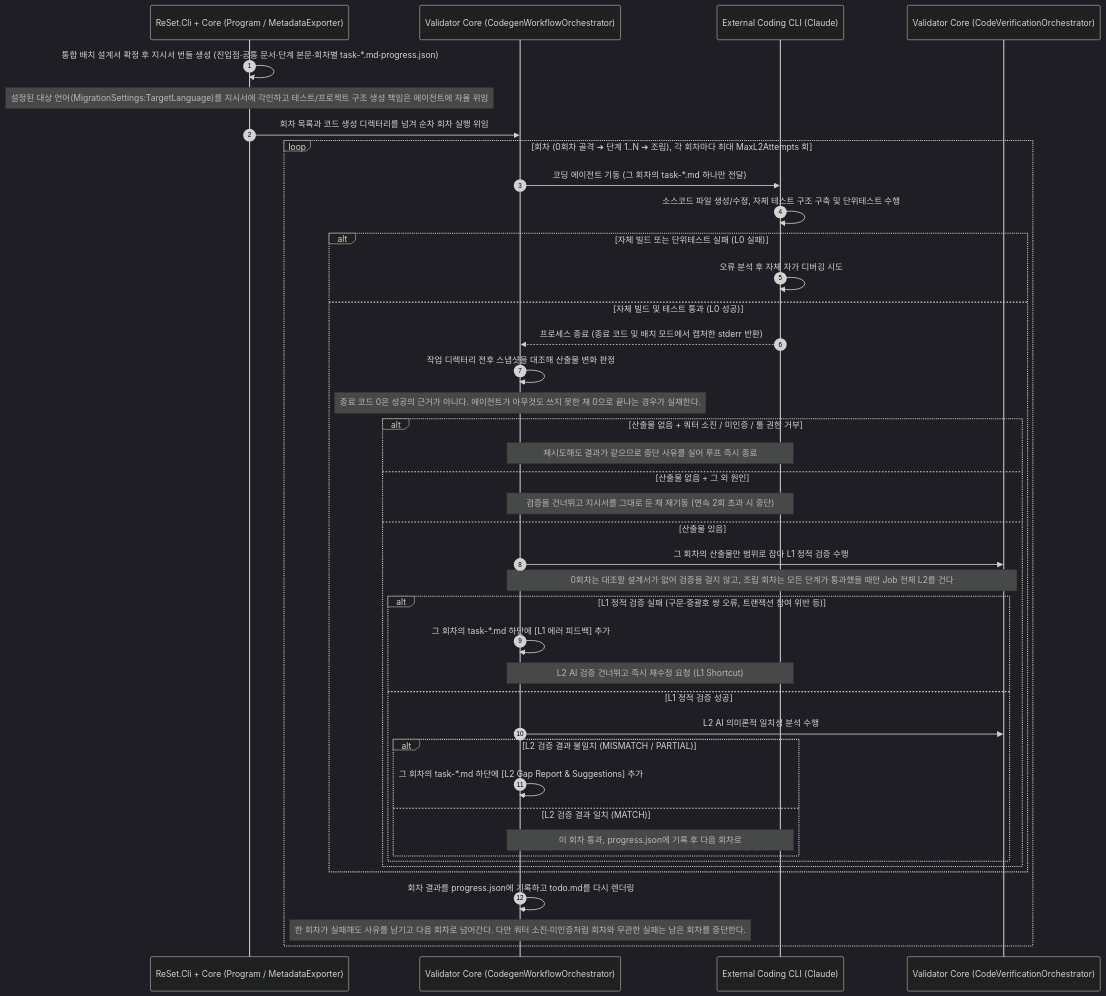
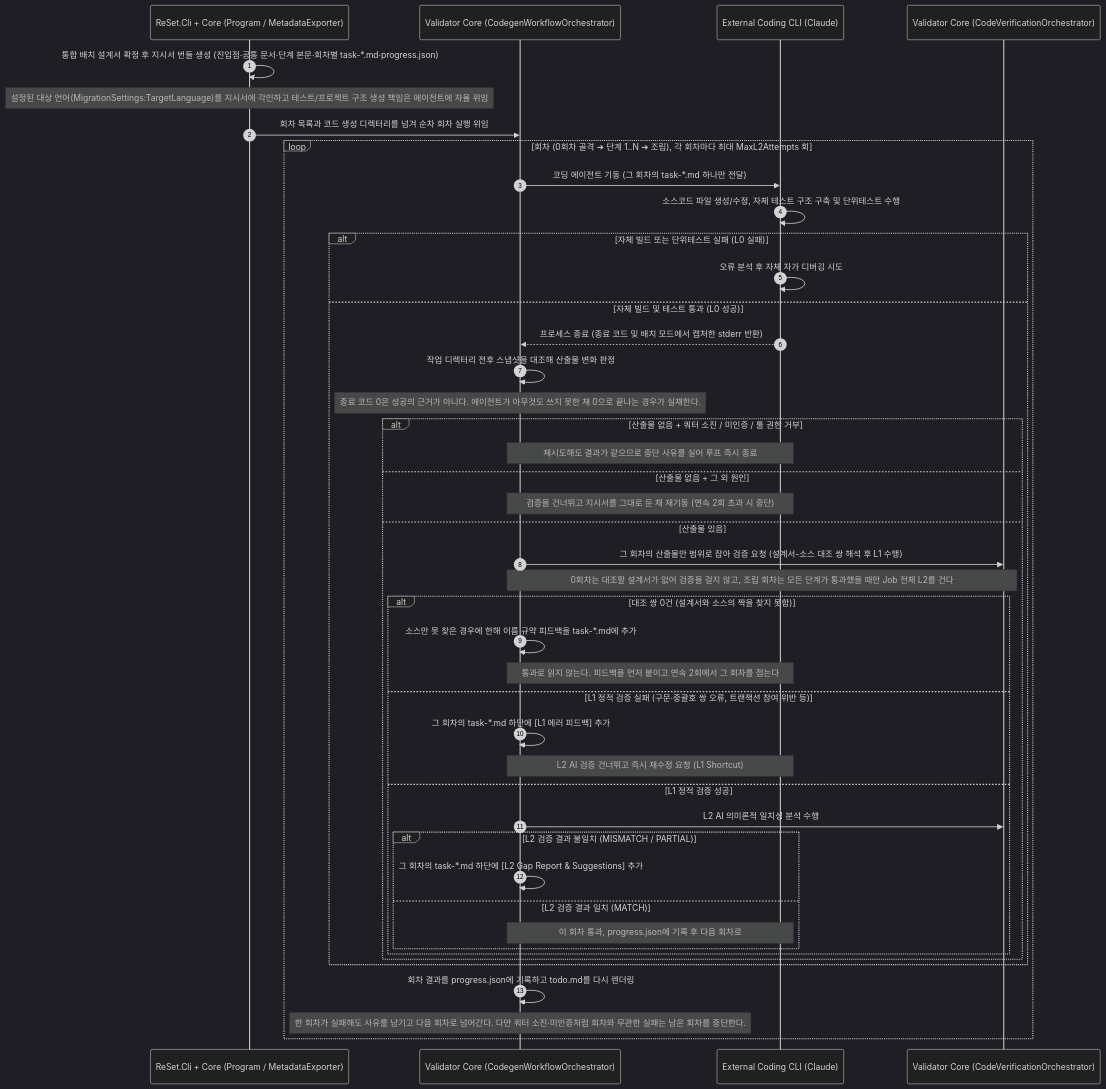
The fifth of 9 diagrams in docs/architecture.md (moondae815/ReSet), drawn with Mermaid (dark theme) before and after one commit.

Commit message:
docs: draw the unverified-pair branch the staged codegen loop already had
3.3절 시퀀스 다이어그램은 "산출물 있음"에서 곧장 L1으로 갔다. 실제로는 그 앞에
설계서-소스 대조 쌍을 해석하는 단계가 있고, 쌍이 0건이면 L1/L2 판정 자체가 서지
않는다. 이번 변경으로 생긴 분기가 아니라 회차 경로에 원래 있던 것이 그려지지
않았을 뿐이다 - 5.3절이 서술로만 갖고 있던 사실을 그림에도 올린다.

피드백이 붙는 조건을 뭉뚱그리지 않았다. 설계서가 아예 없는 것은 도구 쪽 문제라
에이전트에게 할 말이 없고, 소스만 못 찾은 경우에만 이름 규약 피드백이 붙는다
(EvaluateStepAsync). 상한과 순서는 코드 그대로 연속 2회, 피드백을 붙인 뒤 접기다.

mmdc 렌더링으로 alt/else/end 짝을 확인했다.

````diff
--- a/docs/architecture.md
+++ b/docs/architecture.md
@@ -276,44 +276,47 @@
 ```mermaid
 sequenceDiagram
     autonumber
     participant CLI as ReSet.Cli + Core (Program / MetadataExporter)
     participant RC as Validator Core (CodegenWorkflowOrchestrator)
     participant ECE as External Coding CLI (Claude)
     participant VAL as Validator Core (CodeVerificationOrchestrator)
 
     CLI->>CLI: 통합 배치 설계서 확정 후 지시서 번들 생성 (진입점·공통 문서·단계 본문·회차별 task-*.md·progress.json)
     Note over CLI: 설정된 대상 언어(MigrationSettings:TargetLanguage)를 지시서에 각인하고 테스트/프로젝트 구조 생성 책임은 에이전트에 자율 위임
     CLI->>RC: 회차 목록과 코드 생성 디렉터리를 넘겨 순차 회차 실행 위임
     loop 회차 (0회차 골격 ➔ 단계 1..N ➔ 조립), 각 회차마다 최대 MaxL2Attempts 회
         RC->>ECE: 코딩 에이전트 기동 (그 회차의 task-*.md 하나만 전달)
         ECE->>ECE: 소스코드 파일 생성/수정, 자체 테스트 구조 구축 및 단위테스트 수행
         alt 자체 빌드 또는 단위테스트 실패 (L0 실패)
             ECE->>ECE: 오류 분석 후 자체 자가 디버깅 시도
         else 자체 빌드 및 테스트 통과 (L0 성공)
             ECE-->>RC: 프로세스 종료 (종료 코드 및 배치 모드에서 캡처한 stderr 반환)
             RC->>RC: 작업 디렉터리 전후 스냅샷을 대조해 산출물 변화 판정
             Note over RC: 종료 코드 0은 성공의 근거가 아니다. 에이전트가 아무것도 쓰지 못한 채 0으로 끝나는 경우가 실재한다.
             alt 산출물 없음 + 쿼터 소진 / 미인증 / 툴 권한 거부
                 Note over RC,ECE: 재시도해도 결과가 같으므로 중단 사유를 실어 루프 즉시 종료
             else 산출물 없음 + 그 외 원인
                 Note over RC,ECE: 검증을 건너뛰고 지시서를 그대로 둔 채 재기동 (연속 2회 초과 시 중단)
             else 산출물 있음
-                RC->>VAL: 그 회차의 산출물만 범위로 잡아 L1 정적 검증 수행
+                RC->>VAL: 그 회차의 산출물만 범위로 잡아 검증 요청 (설계서-소스 대조 쌍 해석 후 L1 수행)
                 Note over RC,VAL: 0회차는 대조할 설계서가 없어 검증을 걸지 않고, 조립 회차는 모든 단계가 통과했을 때만 Job 전체 L2를 건다
-                alt L1 정적 검증 실패 (구문·중괄호 쌍 오류, 트랜잭션 참여 위반 등)
+                alt 대조 쌍 0건 (설계서와 소스의 짝을 찾지 못함)
+                    RC->>RC: 소스만 못 찾은 경우에 한해 이름 규약 피드백을 task-*.md에 추가
+                    Note over RC,ECE: 통과로 읽지 않는다. 피드백을 먼저 붙이고 연속 2회에서 그 회차를 접는다
+                else L1 정적 검증 실패 (구문·중괄호 쌍 오류, 트랜잭션 참여 위반 등)
                     RC->>RC: 그 회차의 task-*.md 하단에 [L1 에러 피드백] 추가
                     Note over RC,ECE: L2 AI 검증 건너뛰고 즉시 재수정 요청 (L1 Shortcut)
                 else L1 정적 검증 성공
                     RC->>VAL: L2 AI 의미론적 일치성 분석 수행
                     alt L2 검증 결과 불일치 (MISMATCH / PARTIAL)
                         RC->>RC: 그 회차의 task-*.md 하단에 [L2 Gap Report & Suggestions] 추가
                     else L2 검증 결과 일치 (MATCH)
                         Note over RC,ECE: 이 회차 통과, progress.json에 기록 후 다음 회차로
                     end
                 end
             end
         end
         RC->>RC: 회차 결과를 progress.json에 기록하고 todo.md를 다시 렌더링
         Note over RC: 한 회차가 실패해도 사유를 남기고 다음 회차로 넘어간다. 다만 쿼터 소진·미인증처럼 회차와 무관한 실패는 남은 회차를 중단한다.
     end
 ```
````
